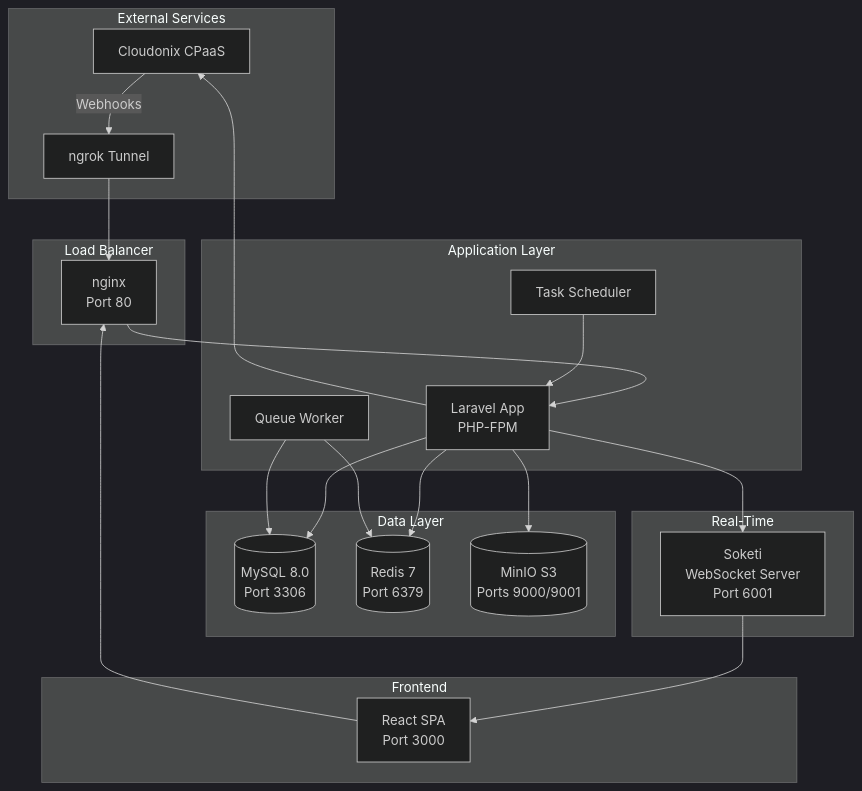
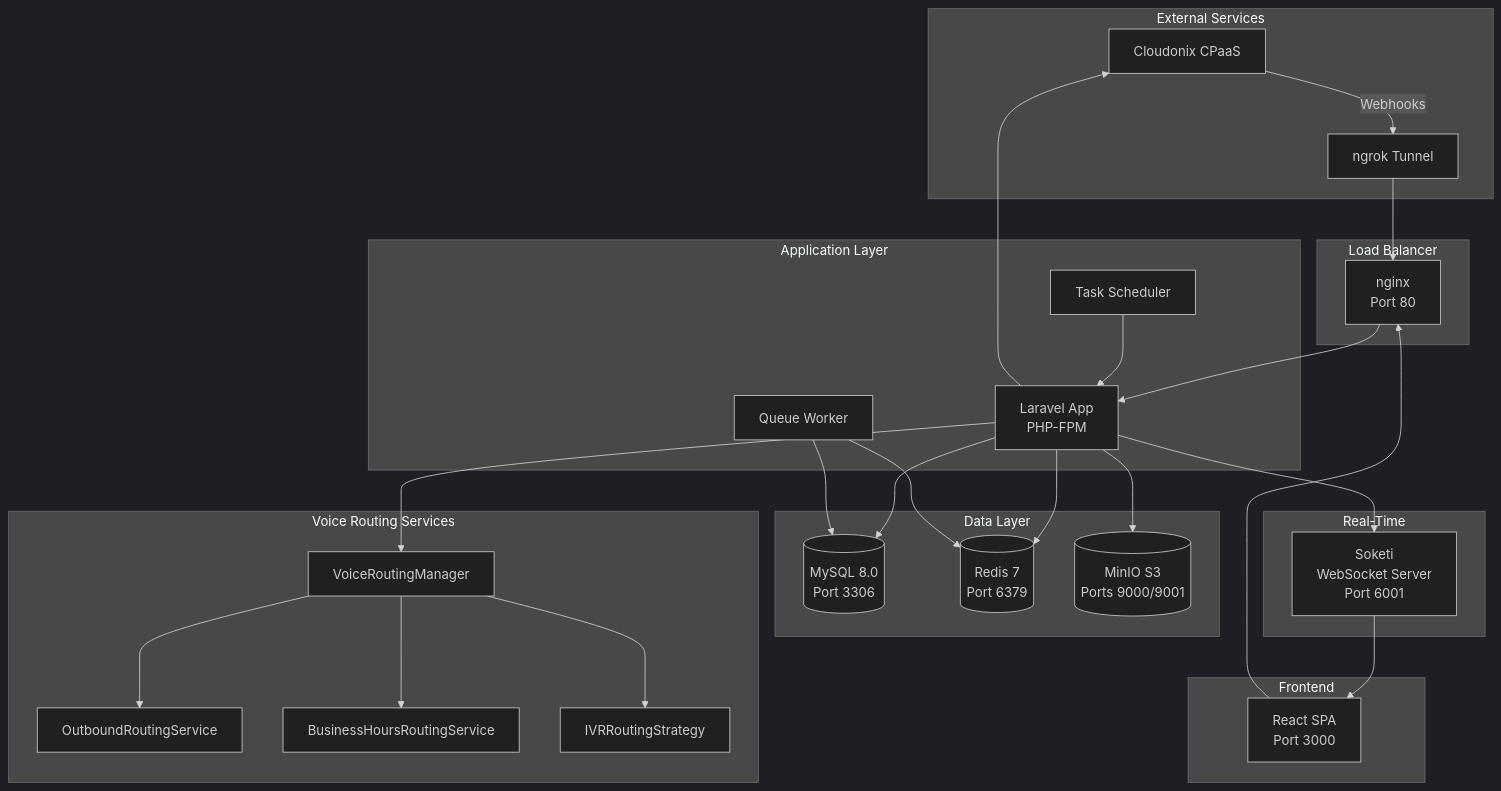
One commit to greenfieldtech-nirs/opbx changed the first of 3 diagrams in README.md. Above: the diagram before and after it, drawn with Mermaid (dark theme). The commit also changed other lines of this file, not shown here.

````diff
--- a/README.md
+++ b/README.md
@@ -65,45 +74,56 @@
 ```mermaid
 graph TB
     subgraph "External Services"
         CX[Cloudonix CPaaS]
         NGROK[ngrok Tunnel]
     end
 
     subgraph "Frontend"
         REACT[React SPA<br/>Port 3000]
     end
 
     subgraph "Load Balancer"
         NGINX[nginx<br/>Port 80]
     end
 
     subgraph "Application Layer"
         APP[Laravel App<br/>PHP-FPM]
         QUEUE[Queue Worker]
         SCHEDULER[Task Scheduler]
     end
 
+    subgraph "Voice Routing Services"
+        VRM[VoiceRoutingManager]
+        ORS[OutboundRoutingService]
+        BHRS[BusinessHoursRoutingService]
+        IVR[IVRRoutingStrategy]
+    end
+
     subgraph "Data Layer"
         MYSQL[(MySQL 8.0<br/>Port 3306)]
         REDIS[(Redis 7<br/>Port 6379)]
         MINIO[(MinIO S3<br/>Ports 9000/9001)]
     end
 
     subgraph "Real-Time"
         SOKETI[Soketi<br/>WebSocket Server<br/>Port 6001]
     end
 
     CX -->|Webhooks| NGROK
     NGROK --> NGINX
     REACT --> NGINX
     NGINX --> APP
+    APP --> VRM
+    VRM --> ORS
+    VRM --> BHRS
+    VRM --> IVR
     APP --> MYSQL
     APP --> REDIS
     APP --> MINIO
     APP --> SOKETI
     APP --> CX
     QUEUE --> REDIS
     QUEUE --> MYSQL
     SCHEDULER --> APP
     SOKETI --> REACT
 ```
````
